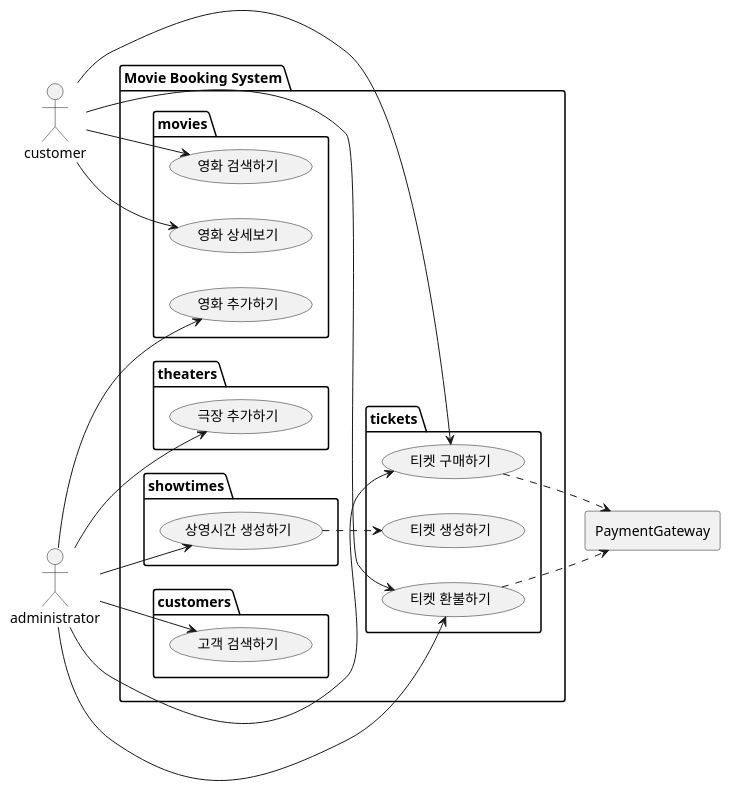
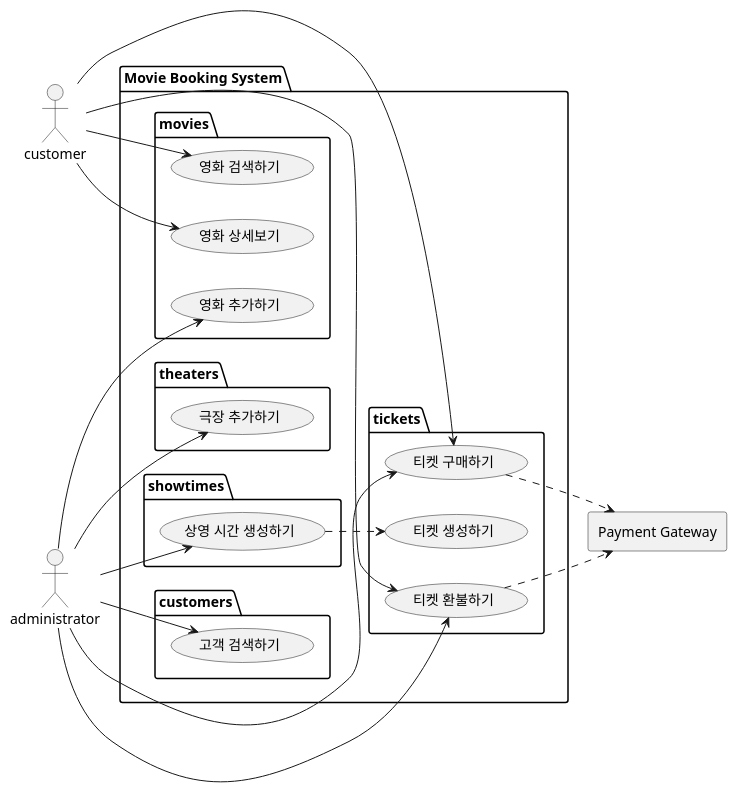
Before and after one commit to mannercode/mannercode.github.io: the tenth of 12 diagrams in _posts/2025-04-01-backend-design-1.md, drawn with PlantUML. The commit also changed other lines of this file and 9 other files, not shown here.

```diff
--- a/_posts/2025-04-01-backend-design-1.md
+++ b/_posts/2025-04-01-backend-design-1.md
@@ -310,51 +311,51 @@
 {% plantuml %}
 @startuml
 left to right direction
 actor customer
 actor administrator
-rectangle PaymentGateway
+rectangle "Payment Gateway" as PaymentGateway
 
 package "Movie Booking System" as mbs {
     package theaters {
         usecase "극장 추가하기" as AddTheaters
     }
 
     package movies {
         usecase "영화 추가하기" as AddMovies
         usecase "영화 상세보기" as MovieDetails
         usecase "영화 검색하기" as SearchMovies
     }
 
     package customers {
         usecase "고객 검색하기" as SearchCustomers
     }
 
     package showtimes {
-        usecase "상영시간 생성하기" as CreateShowtimes
+        usecase "상영 시간 생성하기" as CreateShowtimes
     }
 
     package tickets {
         usecase "티켓 구매하기" as PurchaseTickets
         usecase "티켓 환불하기" as RefundTickets
         usecase "티켓 생성하기" as GenerateTickets
     }
 }
 
 administrator --> AddTheaters
 administrator --> AddMovies
 administrator --> SearchCustomers
 administrator --> CreateShowtimes
 administrator --> PurchaseTickets
 administrator --> RefundTickets
 
 customer --> MovieDetails
 customer --> SearchMovies
 customer --> PurchaseTickets
 customer --> RefundTickets
 
 PurchaseTickets ..> PaymentGateway
 RefundTickets ..> PaymentGateway
 CreateShowtimes ..> GenerateTickets
 
 @enduml
 {% endplantuml %}
```
